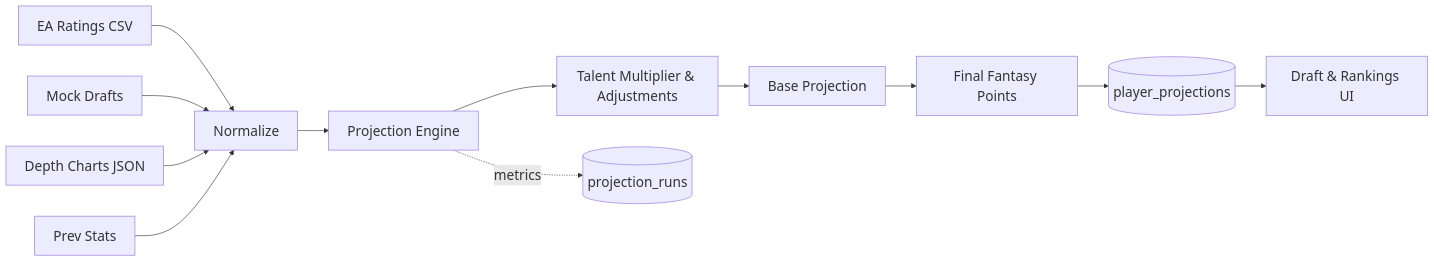
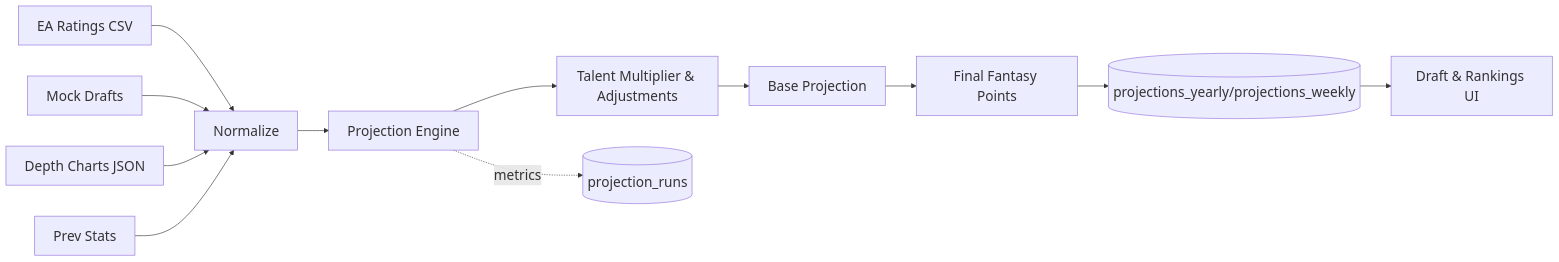
Before and after one commit to kpm34/college-football-fantasy-app: the fifth of 7 diagrams in public/docs/DATA_FLOW.md, drawn with Mermaid. The commit also changed other lines of this file and 2 other files, not shown here.

````diff
--- a/public/docs/DATA_FLOW.md
+++ b/public/docs/DATA_FLOW.md
@@ -103,15 +103,15 @@
 ```mermaid
 %%{init: {'themeVariables': {'fontSize': '22px'}}}%%
 flowchart LR
   S1[EA Ratings CSV] --> N[Normalize]
   S2[Mock Drafts] --> N
   S3[Depth Charts JSON] --> N
   S4[Prev Stats] --> N
   N --> E[Projection Engine]
   E --> M[Talent Multiplier & Adjustments]
   M --> B[Base Projection]
   B --> F[Final Fantasy Points]
-  F --> STORE[(player_projections)]
+  F --> STORE[(projections_yearly/projections_weekly)]
   E -. metrics .-> RUNS[(projection_runs)]
   STORE --> UI[Draft & Rankings UI]
 ```
````
